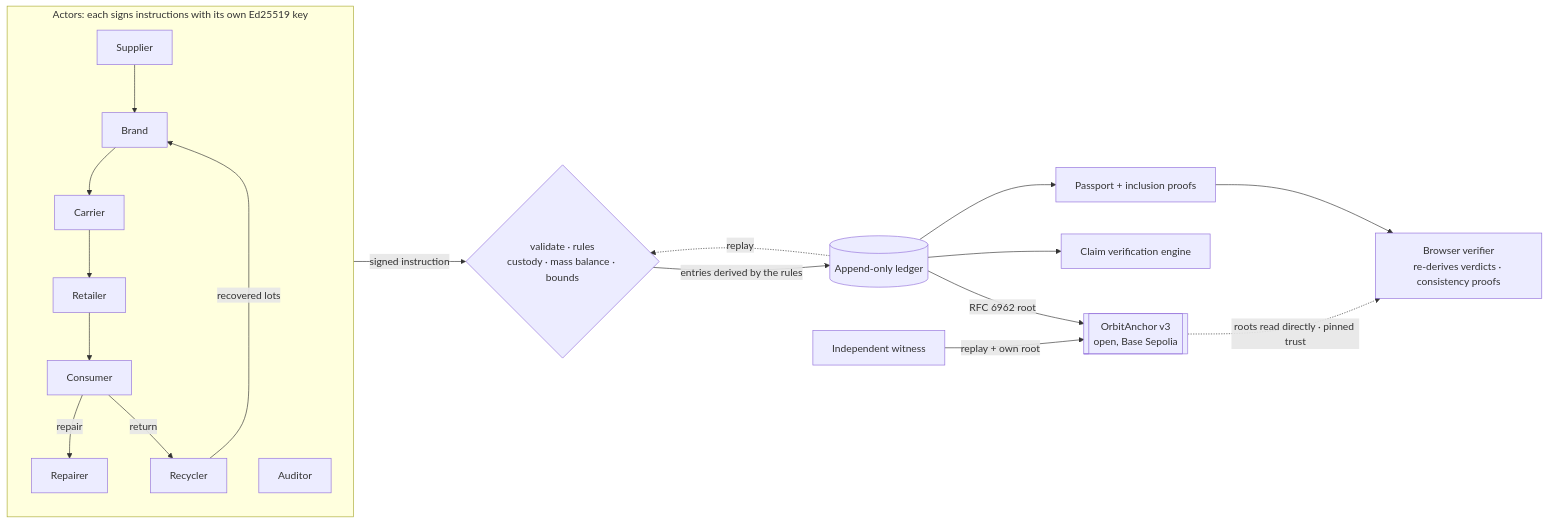
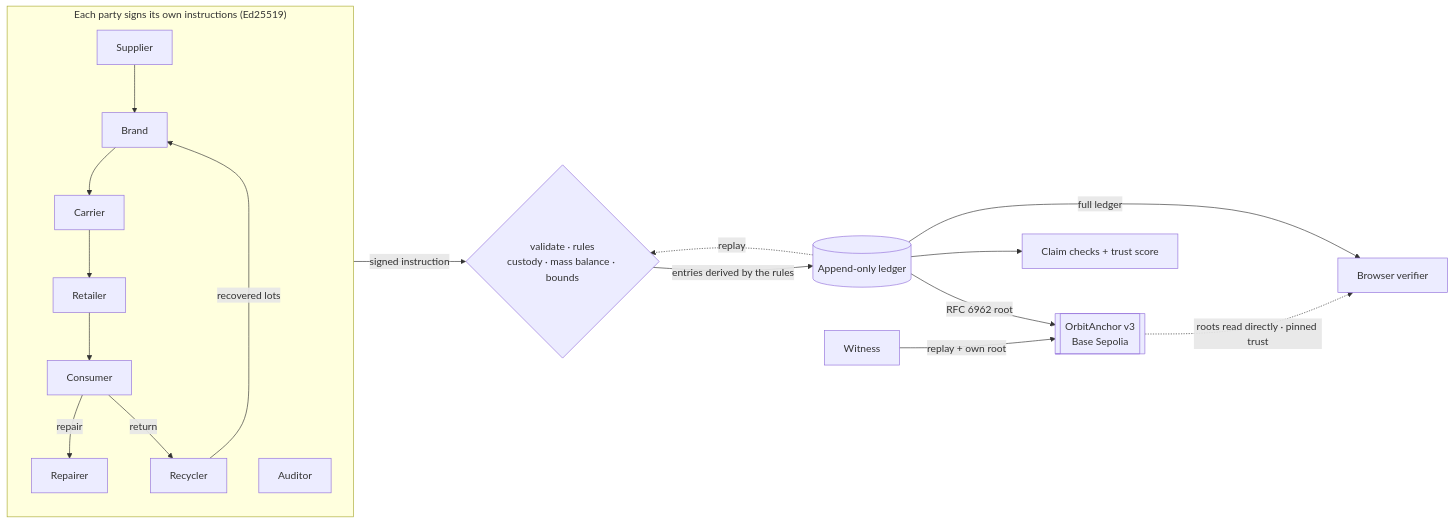
The diagram in README.md (ayushagarwalhere/orbit), drawn with Mermaid before and after one commit. The commit also changed other lines of this file and 10 other files, not shown here.

Commit message:
README leads with the hoodie; SECURITY.md matches the code; entry times ordered and bounded by the anchor block; passport registrations re-hashed; guest limit counts only successes; prompt anchoring for new ledgers

````diff
--- a/README.md
+++ b/README.md
@@ -75,19 +87,18 @@
 ```mermaid
 flowchart LR
-  subgraph Actors["Actors: each signs instructions with its own Ed25519 key"]
+  subgraph Actors["Each party signs its own instructions (Ed25519)"]
     S[Supplier] --> M[Brand] --> L[Carrier] --> R[Retailer] --> C[Consumer]
     C -- repair --> F[Repairer]
     C -- return --> Y[Recycler]
     A[Auditor]
   end
   Actors -- signed instruction --> V{validate · rules<br/>custody · mass balance · bounds}
   V -- entries derived by the rules --> LG[(Append-only ledger)]
   LG -. replay .-> V
-  LG -- RFC 6962 root --> CH[[OrbitAnchor v3<br/>open, Base Sepolia]]
-  W[Independent witness] -- replay + own root --> CH
+  LG -- RFC 6962 root --> CH[[OrbitAnchor v3<br/>Base Sepolia]]
+  W[Witness] -- replay + own root --> CH
   Y -- recovered lots --> M
-  LG --> E[Claim verification engine]
-  LG --> P[Passport + inclusion proofs]
-  CH -. roots read directly · pinned trust .-> B[Browser verifier<br/>re-derives verdicts · consistency proofs]
-  P --> B
+  LG --> E[Claim checks + trust score]
+  CH -. roots read directly · pinned trust .-> B[Browser verifier]
+  LG -- full ledger --> B
 ```
````
